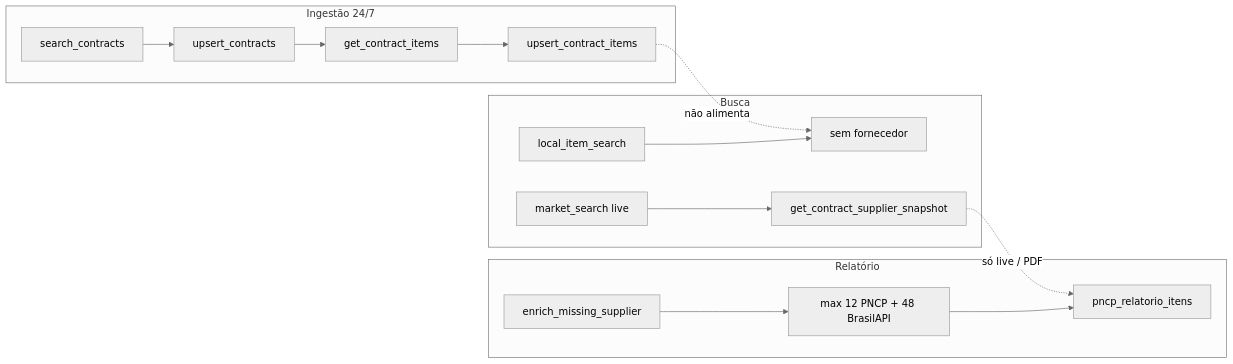
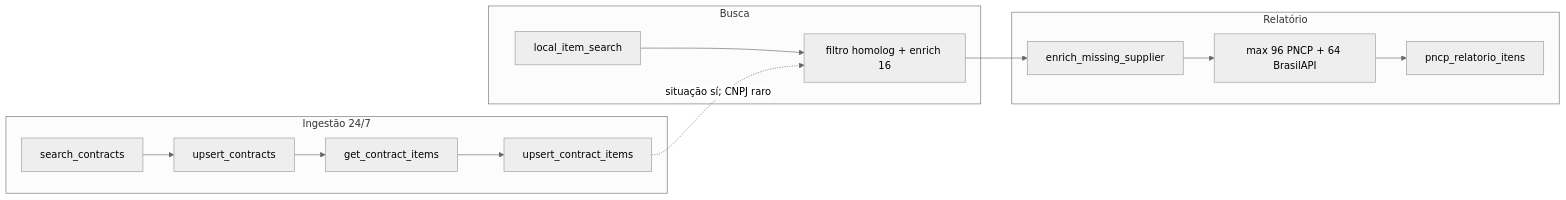
One commit to DocMasterIA/docmaster-core changed the diagram in docs/PLANO-MODULO-COBERTURA-FORNECEDOR-PNCP.md. Above: the diagram before and after it, drawn with Mermaid (neutral theme). The commit also changed other lines of this file and 9 other files, not shown here.

````diff
--- a/docs/PLANO-MODULO-COBERTURA-FORNECEDOR-PNCP.md
+++ b/docs/PLANO-MODULO-COBERTURA-FORNECEDOR-PNCP.md
@@ -46,18 +47,17 @@
 ```mermaid
 flowchart LR
   subgraph ingest [Ingestão 24/7]
     A[search_contracts] --> B[upsert_contracts]
     B --> C[get_contract_items]
     C --> D[upsert_contract_items]
   end
   subgraph search [Busca]
-    E[local_item_search] --> F[sem fornecedor]
-    G[market_search live] --> H[get_contract_supplier_snapshot]
+    E[local_item_search] --> F[filtro homolog + enrich 16]
   end
   subgraph pdf [Relatório]
-    I[enrich_missing_supplier] --> J[max 12 PNCP + 48 BrasilAPI]
+    I[enrich_missing_supplier] --> J[max 96 PNCP + 64 BrasilAPI]
     J --> K[pncp_relatorio_itens]
   end
-  D -.->|não alimenta| F
-  H -.->|só live / PDF| K
+  D -.->|situação sí; CNPJ raro| F
+  F --> I
 ```
````
